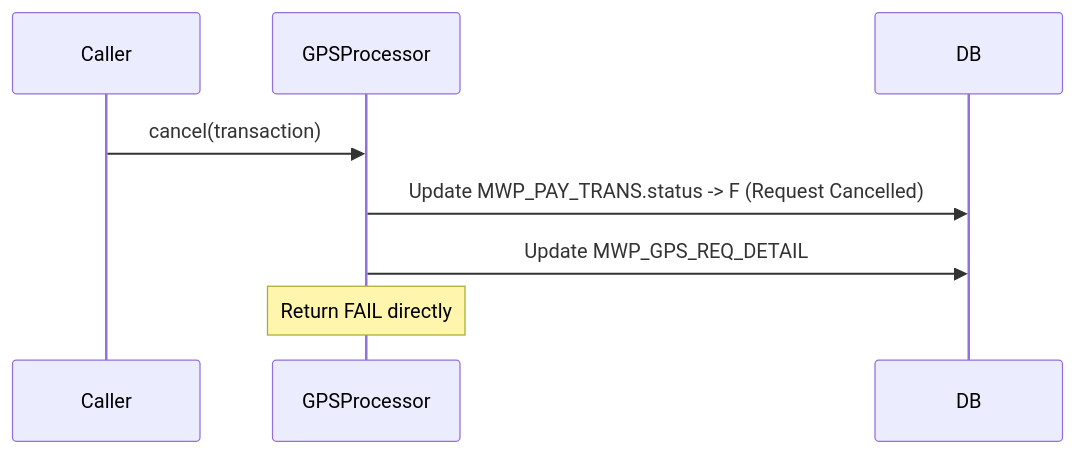
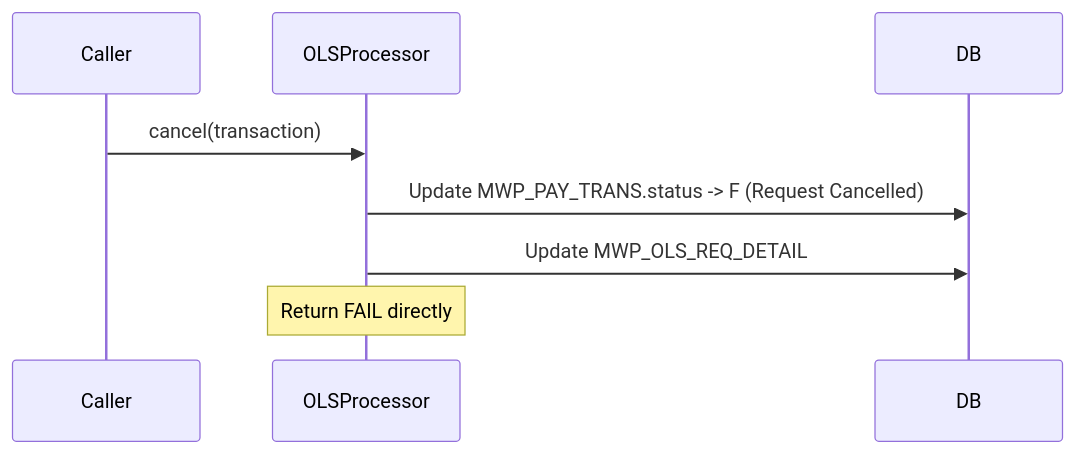
One commit to ChunPingWang/ai-workshop changed the eighth of 10 diagrams in new-pay_OnlineStore_SD.md. Above: the diagram before and after it, drawn with Mermaid. The commit also changed other lines of this file and 28 other files, not shown here.

First line of the commit message:
去識別化：全面移除 GPS 字眼，改以 OnlineStore 縮寫 OLS

````diff
--- a/new-pay_OnlineStore_SD.md
+++ b/new-pay_OnlineStore_SD.md
@@ -331,10 +331,10 @@
 ```mermaid
 sequenceDiagram
     participant CL as Caller
-    participant GP as GPSProcessor
+    participant GP as OLSProcessor
     participant DB as DB
     CL->>GP: cancel(transaction)
     GP->>DB: Update MWP_PAY_TRANS.status -> F (Request Cancelled)
-    GP->>DB: Update MWP_GPS_REQ_DETAIL
+    GP->>DB: Update MWP_OLS_REQ_DETAIL
     Note over GP: Return FAIL directly
 ```
````
